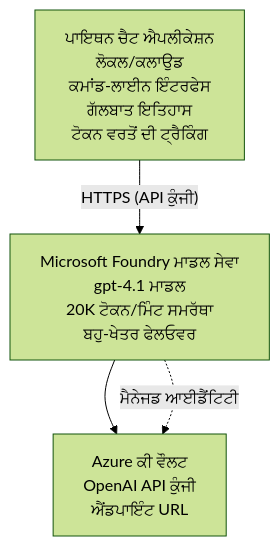
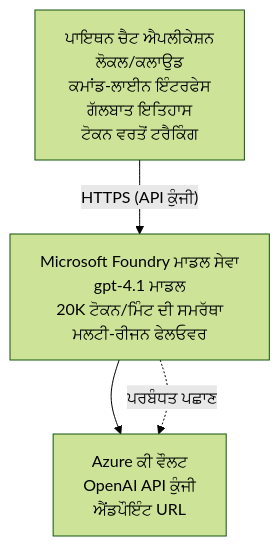
One commit to microsoft/AZD-for-beginners changed the diagram in translations/pa/examples/azure-openai-chat/README.md. Above: the diagram before and after it, drawn with Mermaid (forest theme). The commit also changed other lines of this file and 104 other files, not shown here.

````diff
--- a/translations/pa/examples/azure-openai-chat/README.md
+++ b/translations/pa/examples/azure-openai-chat/README.md
@@ -26,6 +26,6 @@
 ```mermaid
 graph TD
-    App[ਪਾਇਥਨ ਚੈਟ ਐਪਲੀਕੇਸ਼ਨ<br/>ਲੋਕਲ/ਕਲਾਉਡ<br/>ਕਮਾਂਡ-ਲਾਈਨ ਇੰਟਰਫੇਸ<br/>ਗੱਲਬਾਤ ਇਤਿਹਾਸ<br/>ਟੋਕਨ ਵਰਤੋਂ ਦੀ ਟ੍ਰੈਕਿੰਗ] -- "HTTPS (API ਕੁੰਜੀ)" --> Foundry[Microsoft Foundry ਮਾਡਲ ਸੇਵਾ<br/>gpt-4.1 ਮਾਡਲ<br/>20K ਟੋਕਨ/ਮਿੰਟ ਸਮਰੱਥਾ<br/>ਬਹੁ-ਖੇਤਰ ਫੇਲਓਵਰ]
-    Foundry --> KV[Azure ਕੀ ਵੌਲਟ<br/>OpenAI API ਕੁੰਜੀ<br/>ਐਂਡਪਾਇੰਟ URL]
-    Foundry -. ਮੈਨੇਜਡ ਆਈਡੈਂਟਿਟੀ .-> KV
+    App[ਪਾਇਥਨ ਚੈਟ ਐਪਲੀਕੇਸ਼ਨ<br/>ਲੋਕਲ/ਕਲਾਉਡ<br/>ਕਮਾਂਡ-ਲਾਈਨ ਇੰਟਰਫੇਸ<br/>ਗੱਲਬਾਤ ਇਤਿਹਾਸ<br/>ਟੋਕਨ ਵਰਤੋਂ ਟਰੈਕਿੰਗ] -- "HTTPS (API ਕੁੰਜੀ)" --> Foundry[Microsoft Foundry ਮਾਡਲ ਸੇਵਾ<br/>gpt-4.1 ਮਾਡਲ<br/>20K ਟੋਕਨ/ਮਿੰਟ ਦੀ ਸਮਰੱਥਾ<br/>ਮਲਟੀ-ਰੀਜਨ ਫੇਲਓਵਰ]
+    Foundry --> KV[Azure ਕੀ ਵੌਲਟ<br/>OpenAI API ਕੁੰਜੀ<br/>ਐਂਡਪੌਇੰਟ URL]
+    Foundry -. ਪਰਬੰਧਤ ਪਛਾਣ .-> KV
 ```
````
